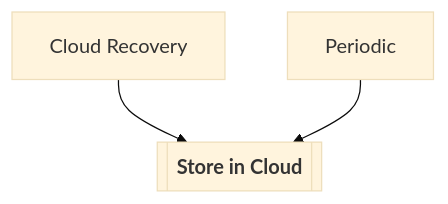
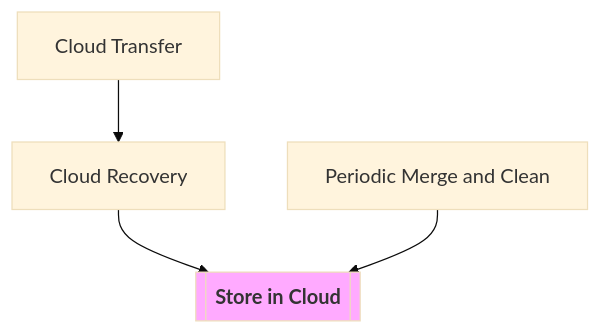
The fifth of 6 diagrams in notes/plan.md (clintwebb/bakker), drawn with Mermaid (base theme) before and after one commit. The commit also changed other lines of this file, not shown here.

````diff
--- a/notes/plan.md
+++ b/notes/plan.md
@@ -79,12 +94,17 @@
 ```mermaid
 flowchart TD;
     %% To mark an item as completed (green)
     %% style EXAMPLE fill:#afa
 
     %% To provide a link
     %% A[<a href='https://google.com'>works</a>]
 
-    FEAT_CLOUD_RECOVER[Cloud Recovery] --> TARG_CLOUD
-    FEAT_PERIODIC[Periodic] --> TARG_CLOUD
-    TARG_CLOUD[["`**Store in Cloud**`"]]
+    FEAT_CLOUD_TRANSFER[Cloud Transfer] -->
+    FEAT_CLOUD_RECOVER[Cloud Recovery] --> TARGET
+
+    %% merging... if we have daily backups, over a year that would result in 365 incrementals.  If we want to keep the last 14 days incrementals, and then keep one combined incremental each month, and then one yearly for 4 years.   Each incremental deleted would be fine.  The `impl` file will contain some history (if requested), but most of it will only be the information about the file system at that current moment.  THe incremental folder actually has ALL the files for that run, it just has LOTS that are hardlinked in other incrementals.
+    FEAT_PERIODIC[Periodic Merge and Clean] -->
+
+    TARGET[["`**Store in Cloud**`"]]
+    style TARGET fill:#faf
 ```
````
